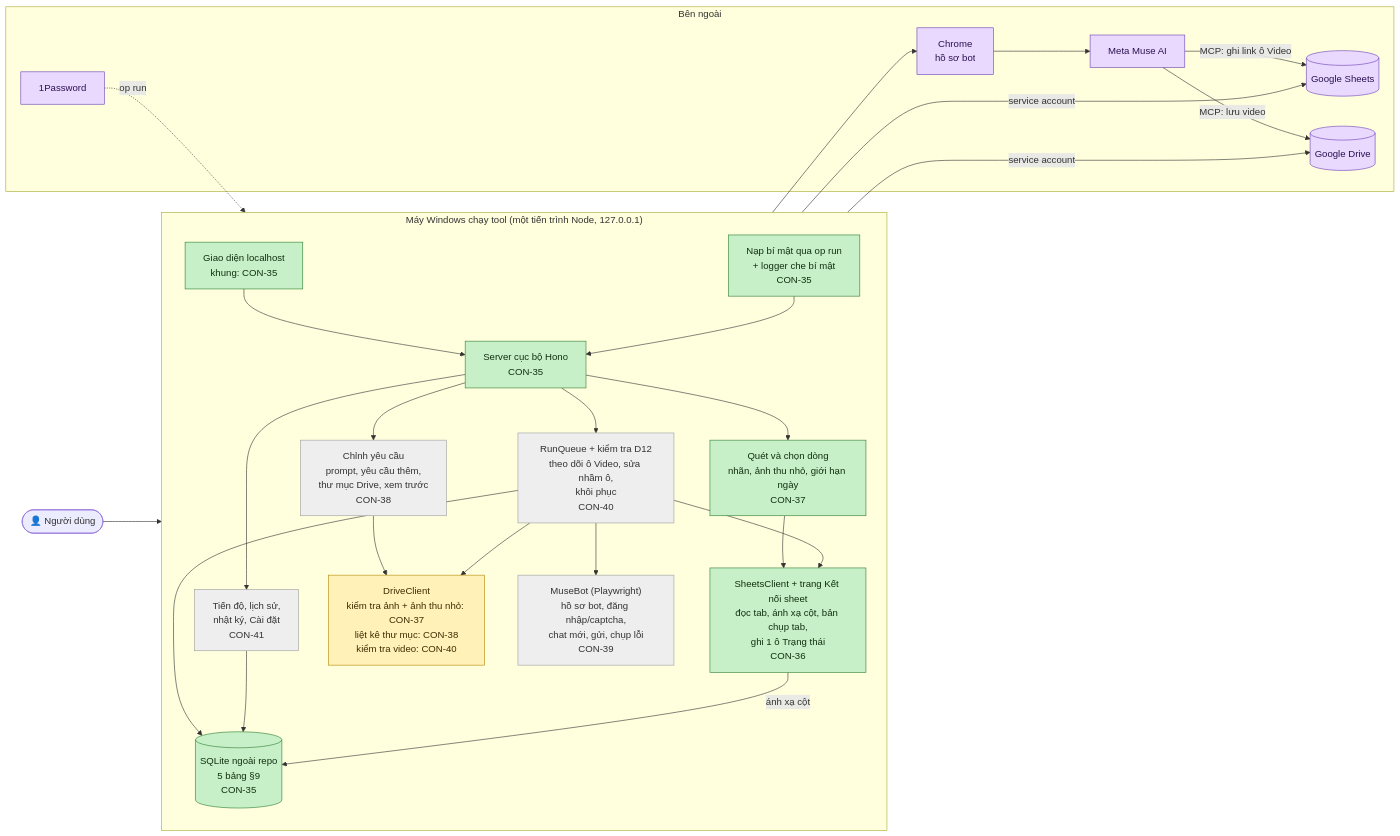
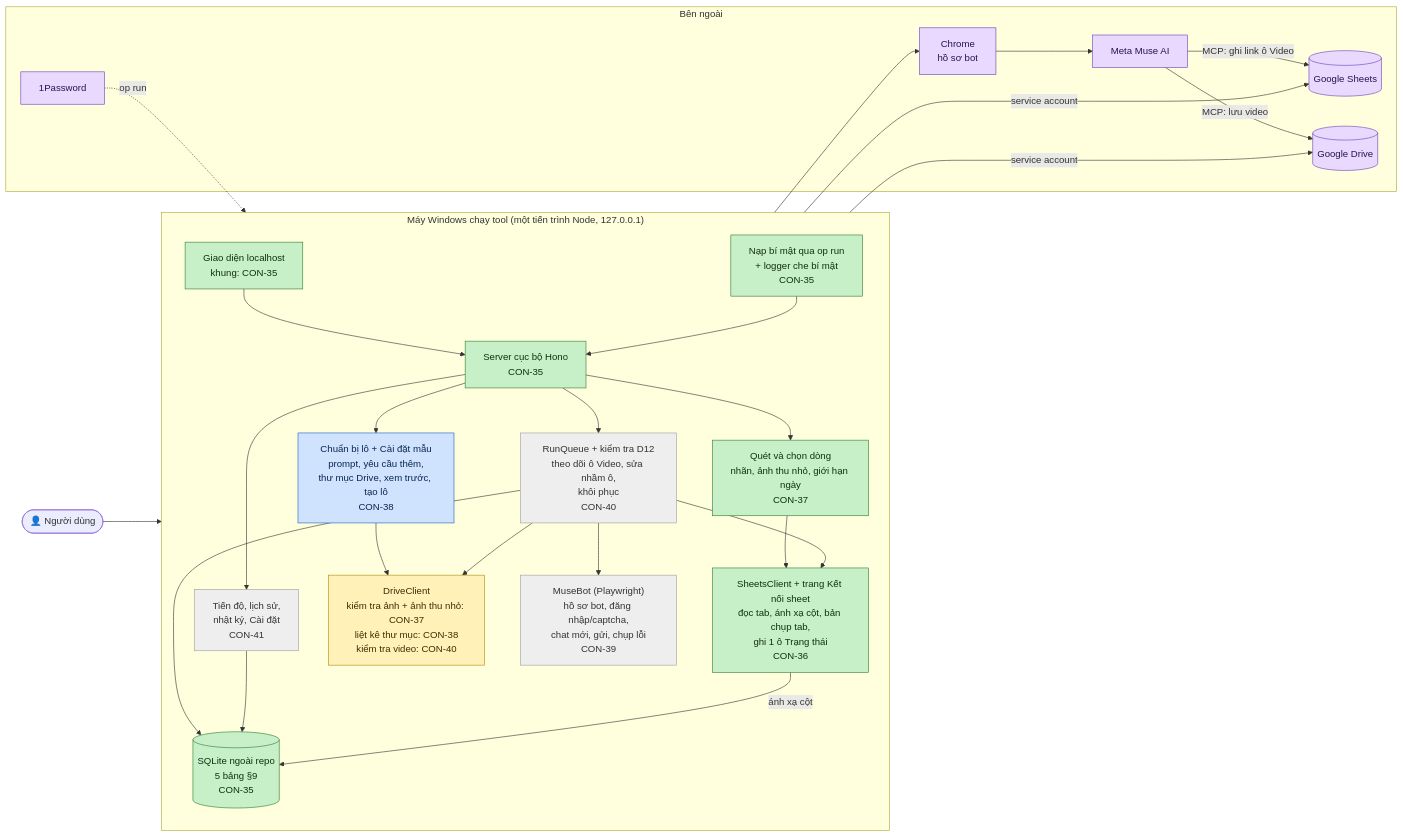
The diagram in TIEN-DO.md (Bach1711/MASYS-VIDEO-GENERATOR), drawn with Mermaid before and after one commit. The commit also changed other lines of this file and 14 other files, not shown here.

First line of the commit message:
feat(con-38): chỉnh yêu cầu, chọn thư mục Drive, xem trước và tạo lô

````diff
--- a/TIEN-DO.md
+++ b/TIEN-DO.md
@@ -17,55 +17,56 @@
 ```mermaid
 flowchart LR
     user(["👤 Người dùng"])
 
     subgraph PC["Máy Windows chạy tool (một tiến trình Node, 127.0.0.1)"]
         direction TB
         ui["Giao diện localhost<br/>khung: CON-35"]
         server["Server cục bộ Hono<br/>CON-35"]
         secrets["Nạp bí mật qua op run<br/>+ logger che bí mật<br/>CON-35"]
         db[("SQLite ngoài repo<br/>5 bảng §9<br/>CON-35")]
 
         sheet["SheetsClient + trang Kết nối sheet<br/>đọc tab, ánh xạ cột, bản chụp tab,<br/>ghi 1 ô Trạng thái<br/>CON-36"]
         scan["Quét và chọn dòng<br/>nhãn, ảnh thu nhỏ, giới hạn ngày<br/>CON-37"]
-        editor["Chỉnh yêu cầu<br/>prompt, yêu cầu thêm,<br/>thư mục Drive, xem trước<br/>CON-38"]
+        editor["Chuẩn bị lô + Cài đặt mẫu<br/>prompt, yêu cầu thêm,<br/>thư mục Drive, xem trước, tạo lô<br/>CON-38"]
         bot["MuseBot (Playwright)<br/>hồ sơ bot, đăng nhập/captcha,<br/>chat mới, gửi, chụp lỗi<br/>CON-39"]
         queue["RunQueue + kiểm tra D12<br/>theo dõi ô Video, sửa nhầm ô,<br/>khôi phục<br/>CON-40"]
         drive["DriveClient<br/>kiểm tra ảnh + ảnh thu nhỏ: CON-37<br/>liệt kê thư mục: CON-38<br/>kiểm tra video: CON-40"]
         progress["Tiến độ, lịch sử,<br/>nhật ký, Cài đặt<br/>CON-41"]
     end
 
     subgraph EXT["Bên ngoài"]
         gsheets[("Google Sheets")]
         gdrive[("Google Drive")]
         chrome["Chrome<br/>hồ sơ bot"]
         muse["Meta Muse AI"]
         op["1Password"]
     end
 
     user --> ui --> server
     server --> scan & editor & progress
     scan --> sheet
     editor --> drive
     server --> queue
     queue --> sheet & drive & bot
     queue --> db
     progress --> db
     sheet -- "ánh xạ cột" --> db
     sheet -- "service account" --> gsheets
     drive -- "service account" --> gdrive
     bot --> chrome --> muse
     muse -- "MCP: lưu video" --> gdrive
     muse -- "MCP: ghi link ô Video" --> gsheets
     op -. "op run" .-> secrets --> server
 
     classDef done fill:#c8f0c8,stroke:#2e7d32,color:#10300f
     classDef review fill:#cfe3ff,stroke:#1f5fbf,color:#0c2550
     classDef doing fill:#fff1b8,stroke:#b38600,color:#3d2e00
     classDef todo fill:#eeeeee,stroke:#9e9e9e,color:#333333
     classDef ext fill:#ead9ff,stroke:#6a3fb5,color:#2a1250
 
     class ui,server,secrets,db,sheet,scan done
     class drive doing
-    class editor,bot,queue,progress todo
+    class editor review
+    class bot,queue,progress todo
     class gsheets,gdrive,chrome,muse,op ext
 ```
````
